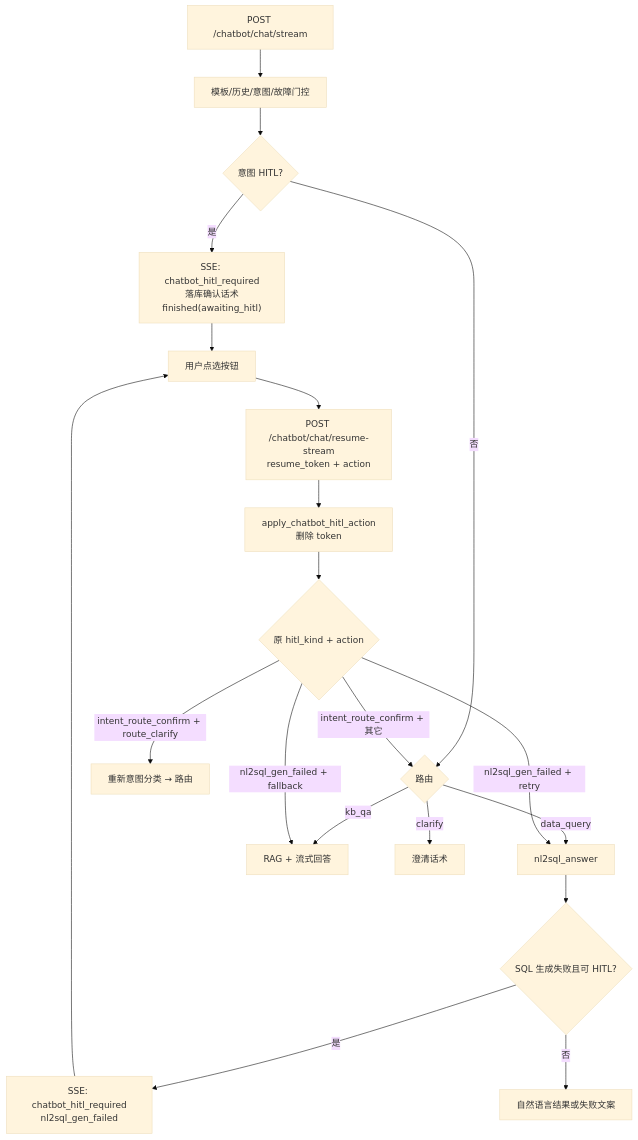
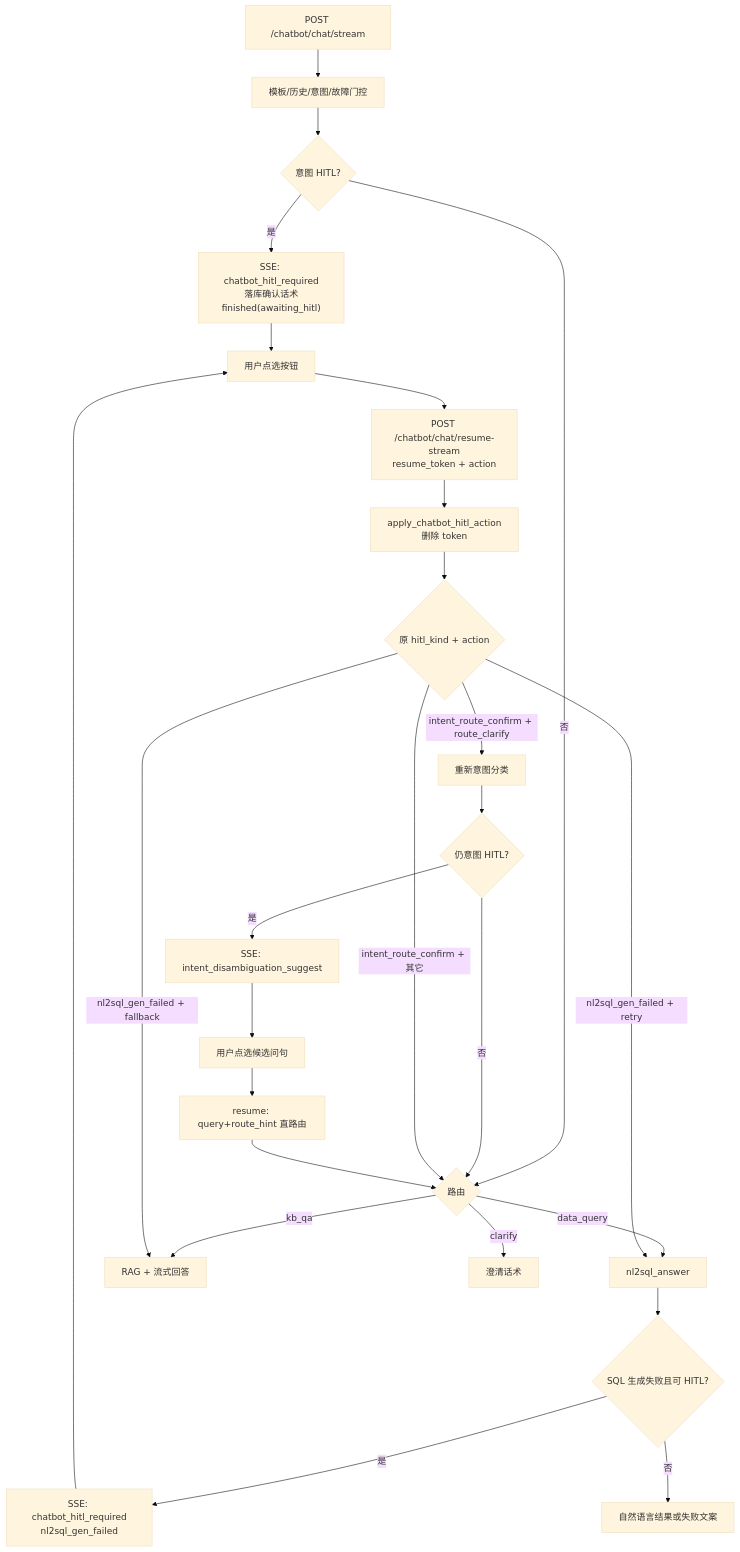
Before and after one commit to gaocf888/models_app_framework: the second of 2 diagrams in framework-guide/智能客服整体实现技术说明.md, drawn with Mermaid (base theme). The commit also changed other lines of this file and 14 other files, not shown here.

Commit message:
智能客服 意图识别第二轮 人机协同改造

````diff
--- a/framework-guide/智能客服整体实现技术说明.md
+++ b/framework-guide/智能客服整体实现技术说明.md
@@ -348,22 +356,28 @@
 ```mermaid
 flowchart TD
     A["POST /chatbot/chat/stream"] --> B["模板/历史/意图/故障门控"]
     B --> C{"意图 HITL?"}
     C -->|是| D["SSE: chatbot_hitl_required\n落库确认话术\nfinished(awaiting_hitl)"]
     C -->|否| E{"路由"}
     E -->|data_query| F["nl2sql_answer"]
     E -->|kb_qa| G["RAG + 流式回答"]
     E -->|clarify| H["澄清话术"]
     F --> I{"SQL 生成失败且可 HITL?"}
     I -->|是| J["SSE: chatbot_hitl_required\nnl2sql_gen_failed"]
     I -->|否| K["自然语言结果或失败文案"]
     D --> L["用户点选按钮"]
     J --> L
     L --> M["POST /chatbot/chat/resume-stream\nresume_token + action"]
     M --> N["apply_chatbot_hitl_action\n删除 token"]
     N --> O{"原 hitl_kind + action"}
-    O -->|intent_route_confirm + route_clarify| B2["重新意图分类 → 路由"]
+    O -->|intent_route_confirm + route_clarify| B2["重新意图分类"]
+    B2 --> B3{"仍意图 HITL?"}
+    B3 -->|是| D2["SSE: intent_disambiguation_suggest"]
+    B3 -->|否| E
     O -->|intent_route_confirm + 其它| E
+    D2 --> L2["用户点选候选问句"]
+    L2 --> M2["resume: query+route_hint 直路由"]
+    M2 --> E
     O -->|nl2sql_gen_failed + retry| F
     O -->|nl2sql_gen_failed + fallback| G
 ```
````
